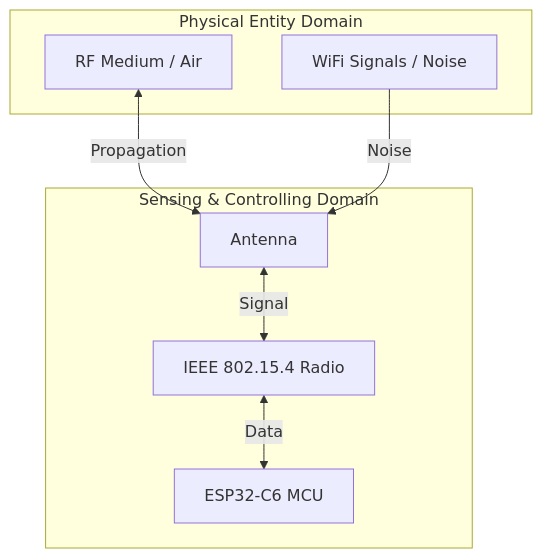
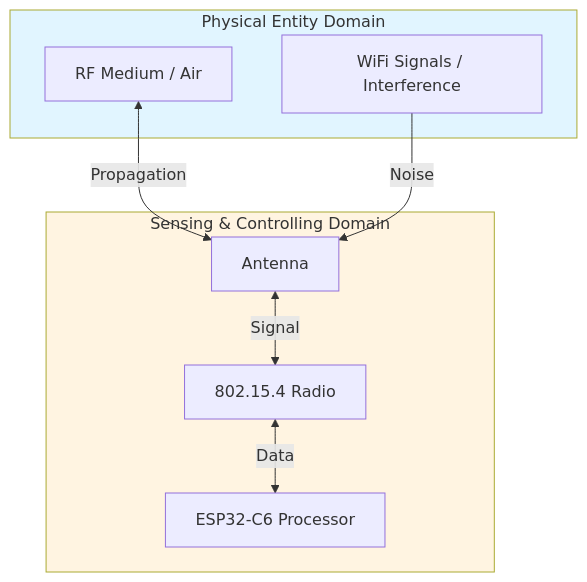
The diagram in en/labs/lab1.md (saacifuentesmu/4201327-IoT_Systems_Design_Labs), drawn with Mermaid before and after one commit. The commit also changed other lines of this file and 5 other files, not shown here.

````diff
--- a/en/labs/lab1.md
+++ b/en/labs/lab1.md
@@ -69,18 +453,21 @@
 ```mermaid
 graph TD
     subgraph PED [Physical Entity Domain]
         Air[RF Medium / Air]
-        Interference[WiFi Signals / Noise]
+        Interference[WiFi Signals / Interference]
     end
 
     subgraph SCD [Sensing & Controlling Domain]
         Antenna[Antenna]
-        Radio[IEEE 802.15.4 Radio]
-        MCU[ESP32-C6 MCU]
+        Radio[802.15.4 Radio]
+        MCU[ESP32-C6 Processor]
     end
 
     Air <-->|Propagation| Antenna
     Interference -->|Noise| Antenna
     Antenna <-->|Signal| Radio
     Radio <-->|Data| MCU
+
+    style PED fill:#e1f5ff
+    style SCD fill:#fff4e1
 ```
````
